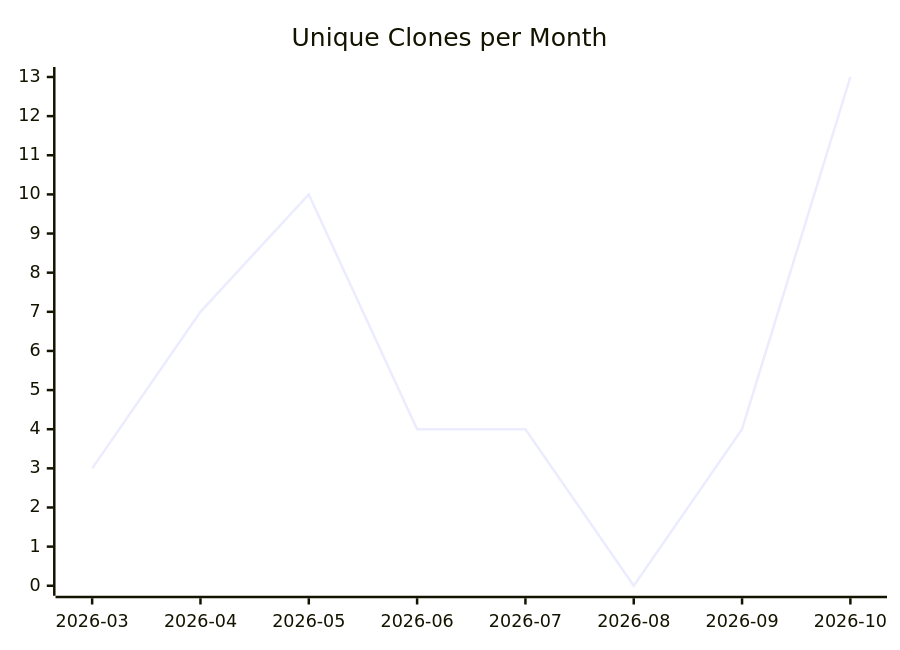
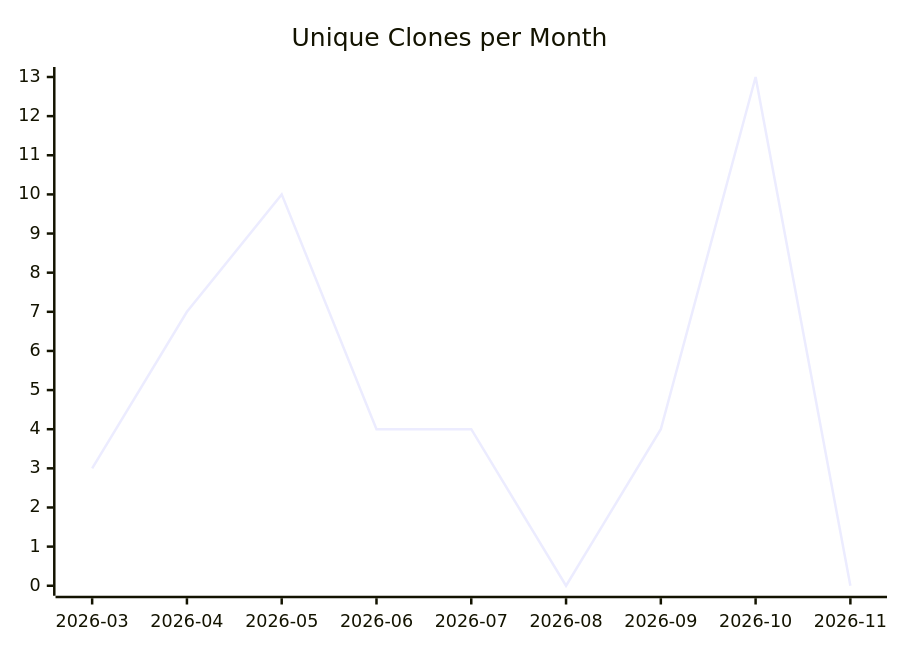
Before and after one commit to justdavis-family/github-analytics-data: the third of 3 diagrams in karlmdavis/test-repo-for-move/README.md, drawn with Mermaid. The commit also changed other lines of this file and 201 other files, not shown here.

````diff
--- a/karlmdavis/test-repo-for-move/README.md
+++ b/karlmdavis/test-repo-for-move/README.md
@@ -19,6 +19,6 @@
 ```mermaid
 xychart-beta
   title "Unique Clones per Month"
-  x-axis ["2026-03", "2026-04", "2026-05", "2026-06", "2026-07", "2026-08", "2026-09", "2026-10"]
-  line [3, 7, 10, 4, 4, 0, 4, 13]
+  x-axis ["2026-03", "2026-04", "2026-05", "2026-06", "2026-07", "2026-08", "2026-09", "2026-10", "2026-11"]
+  line [3, 7, 10, 4, 4, 0, 4, 13, 0]
 ```
````
